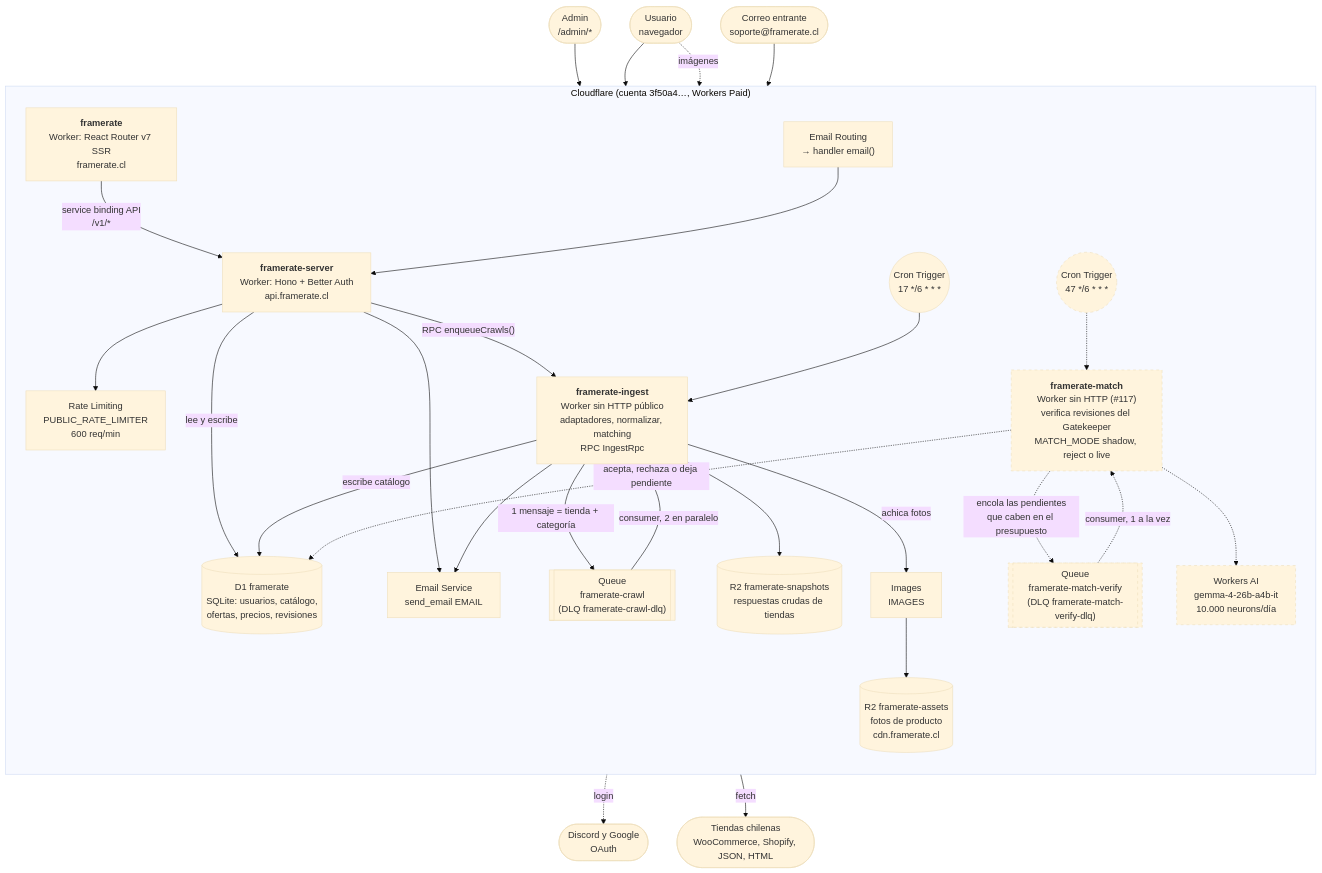
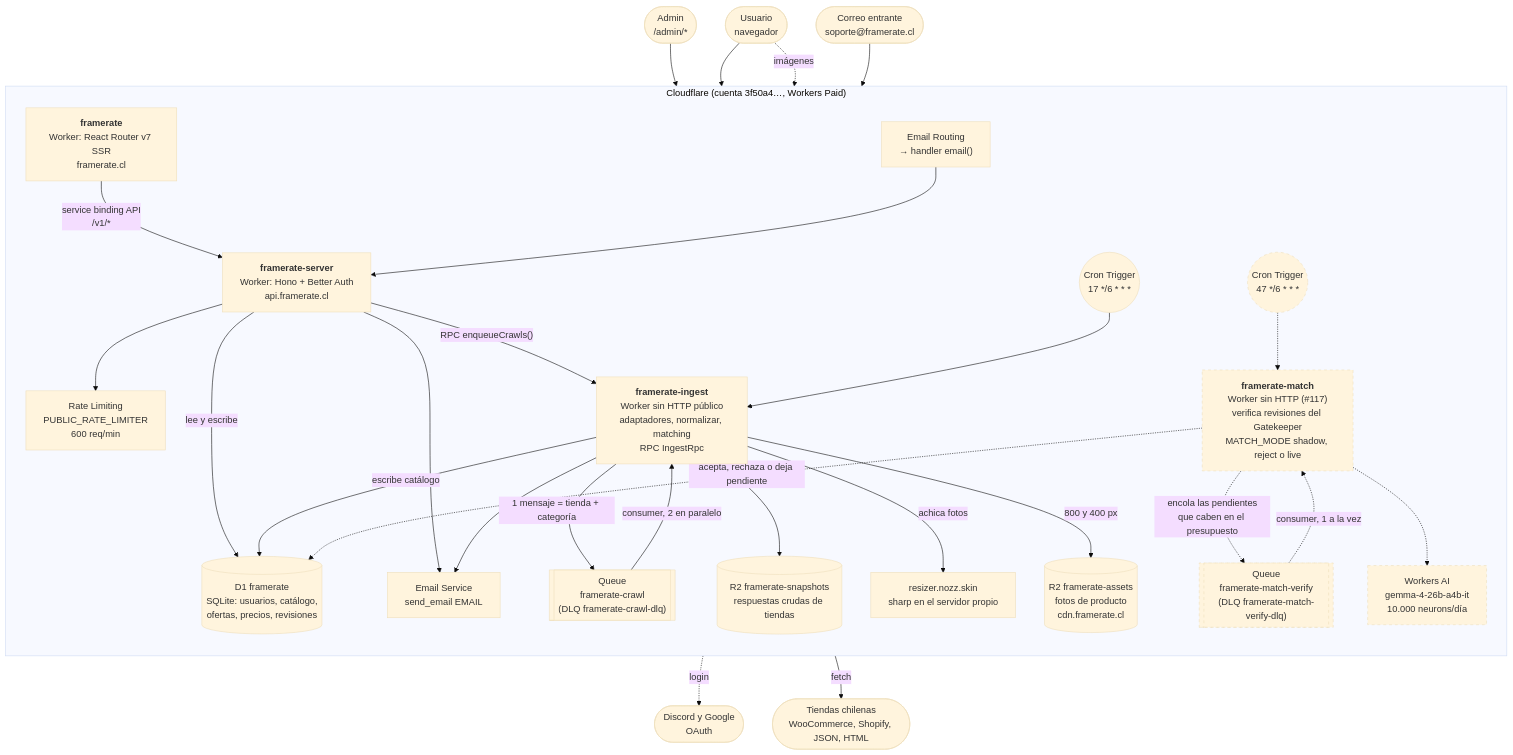
Before and after one commit to valentin-marquez/framerate: the first of 2 diagrams in docs/architecture.md, drawn with Mermaid (base theme). The commit also changed other lines of this file and 19 other files, not shown here.

First line of the commit message:
feat(resizer): servicio propio con sharp que achica las fotos a 800 y 400 px

````diff
--- a/docs/architecture.md
+++ b/docs/architecture.md
@@ -31,62 +31,63 @@
 ```mermaid
 flowchart TB
   user(["Usuario<br/>navegador"])
   admin(["Admin<br/>/admin/*"])
   mail(["Correo entrante<br/>soporte@framerate.cl"])
   stores(["Tiendas chilenas<br/>WooCommerce, Shopify, JSON, HTML"])
   oauth(["Discord y Google<br/>OAuth"])
 
   subgraph CF["Cloudflare (cuenta 3f50a4…, Workers Paid)"]
     direction TB
 
     web["<b>framerate</b><br/>Worker: React Router v7 SSR<br/>framerate.cl"]
 
     server["<b>framerate-server</b><br/>Worker: Hono + Better Auth<br/>api.framerate.cl"]
     rl["Rate Limiting<br/>PUBLIC_RATE_LIMITER<br/>600 req/min"]
     emailRouting["Email Routing<br/>→ handler email()"]
     emailSend["Email Service<br/>send_email EMAIL"]
 
     cron(("Cron Trigger<br/>17 */6 * * *"))
     crawlQ[["Queue<br/>framerate-crawl<br/>(DLQ framerate-crawl-dlq)"]]
     ingest["<b>framerate-ingest</b><br/>Worker sin HTTP público<br/>adaptadores, normalizar, matching<br/>RPC IngestRpc"]
-    images["Images<br/>IMAGES"]
+    resizer["resizer.nozz.skin<br/>sharp en el servidor propio"]
 
     d1[("D1 framerate<br/>SQLite: usuarios, catálogo,<br/>ofertas, precios, revisiones")]
     snap[("R2 framerate-snapshots<br/>respuestas crudas de tiendas")]
     assets[("R2 framerate-assets<br/>fotos de producto<br/>cdn.framerate.cl")]
 
     matchCron(("Cron Trigger<br/>47 */6 * * *"))
     matchQ[["Queue<br/>framerate-match-verify<br/>(DLQ framerate-match-verify-dlq)"]]
     match["<b>framerate-match</b><br/>Worker sin HTTP (#117)<br/>verifica revisiones del Gatekeeper<br/>MATCH_MODE shadow, reject o live"]
     ai["Workers AI<br/>gemma-4-26b-a4b-it<br/>10.000 neurons/día"]
   end
 
   user --> web
   admin --> web
   web -- "service binding API<br/>/v1/*" --> server
   server --> rl
   server -- "lee y escribe" --> d1
   server -- "RPC enqueueCrawls()" --> ingest
   server --> emailSend
   server -. "login" .-> oauth
   mail --> emailRouting --> server
 
   cron --> ingest
   ingest -- "1 mensaje = tienda + categoría" --> crawlQ
   crawlQ -- "consumer, 2 en paralelo" --> ingest
   ingest -- "fetch" --> stores
   ingest -- "escribe catálogo" --> d1
   ingest --> snap
-  ingest -- "achica fotos" --> images --> assets
+  ingest -- "achica fotos" --> resizer
+  ingest -- "800 y 400 px" --> assets
   ingest --> emailSend
   user -. "imágenes" .-> assets
 
   matchCron -.-> match
   match -. "encola las pendientes<br/>que caben en el presupuesto" .-> matchQ
   matchQ -. "consumer, 1 a la vez" .-> match
   match -.-> ai
   match -. "acepta, rechaza o deja pendiente" .-> d1
 
   classDef proposed stroke-dasharray: 5 5
   class matchCron,matchQ,match,ai proposed
 ```
````
